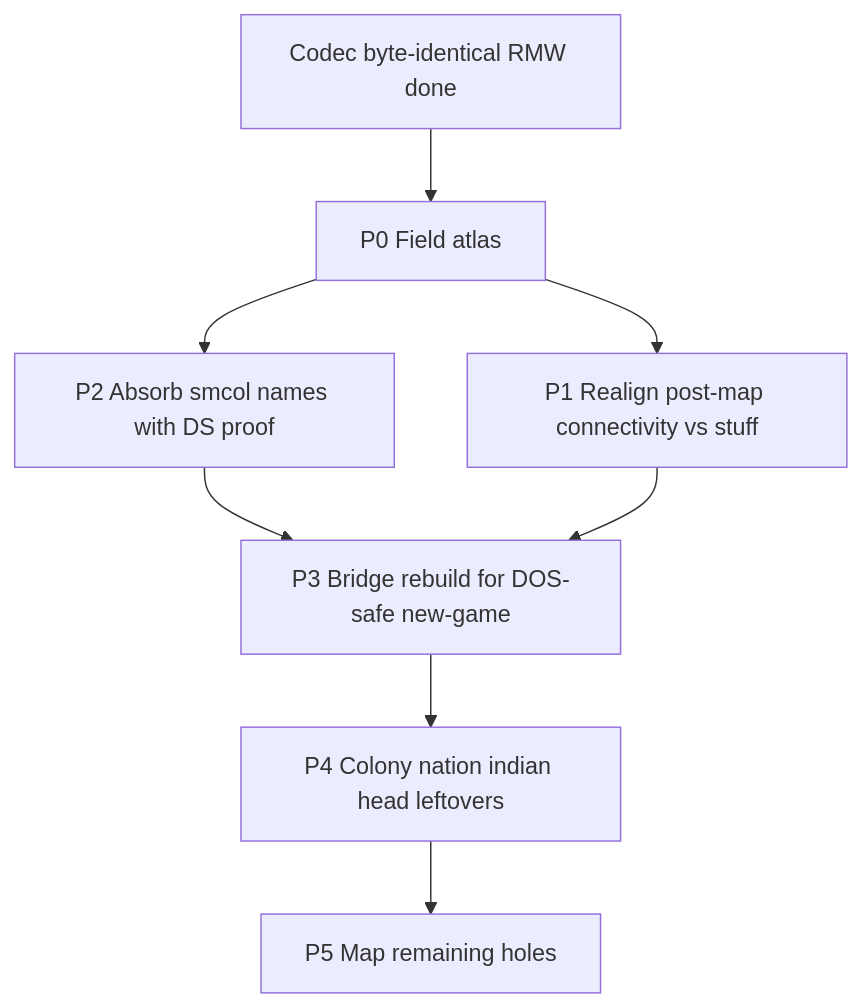
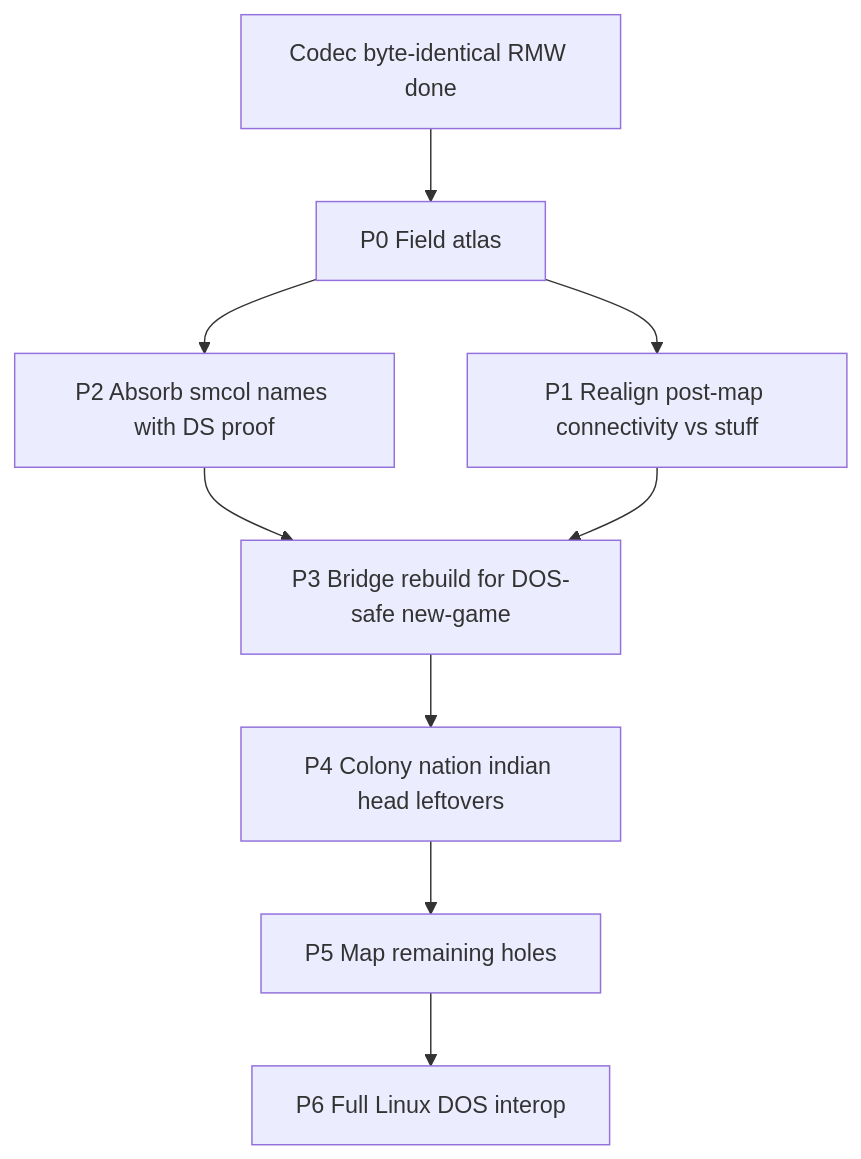
One commit to AbuDhabi/linux-colonize changed the diagram in docs/save_format_map.md. Above: the diagram before and after it, drawn with Mermaid. The commit also changed other lines of this file and 16 other files, not shown here.

Commit message:
First draft of full save interop

````diff
--- a/docs/save_format_map.md
+++ b/docs/save_format_map.md
@@ -336,17 +337,19 @@
 ```mermaid
 flowchart TB
   codec[Codec byte-identical RMW done]
   atlas[P0 Field atlas]
   absorb[P2 Absorb smcol names with DS proof]
   connect[P1 Realign post-map connectivity vs stuff]
   export[P3 Bridge rebuild for DOS-safe new-game]
   deep[P4 Colony nation indian head leftovers]
   p5[P5 Map remaining holes]
+  p6[P6 Full Linux DOS interop]
   codec --> atlas
   atlas --> absorb
   atlas --> connect
   absorb --> export
   connect --> export
   export --> deep
   deep --> p5
+  p5 --> p6
 ```
````
